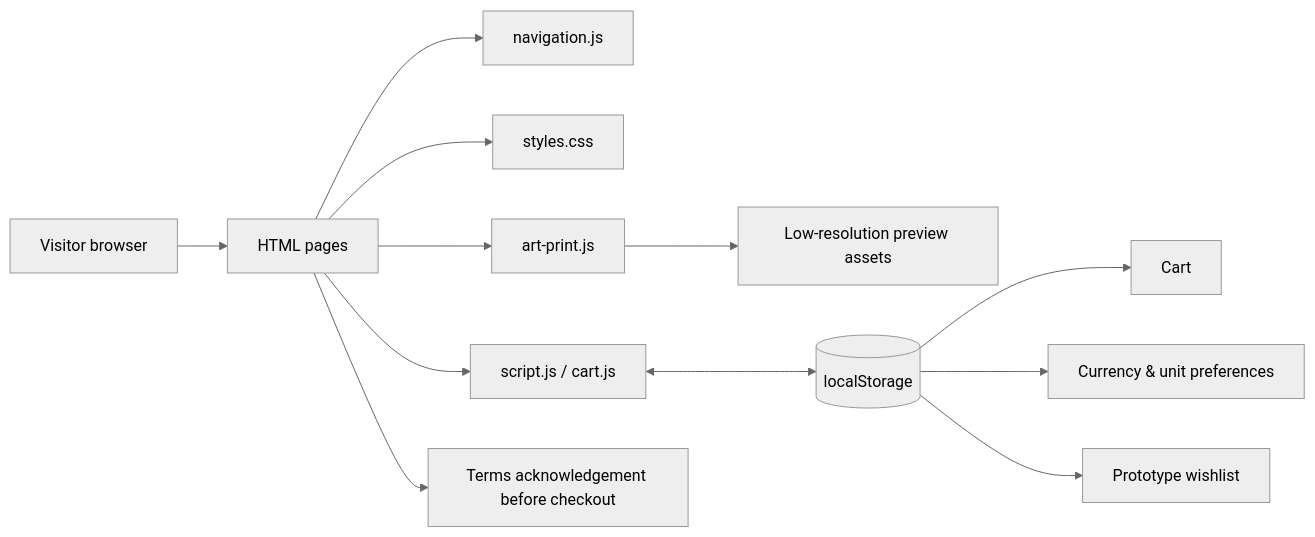
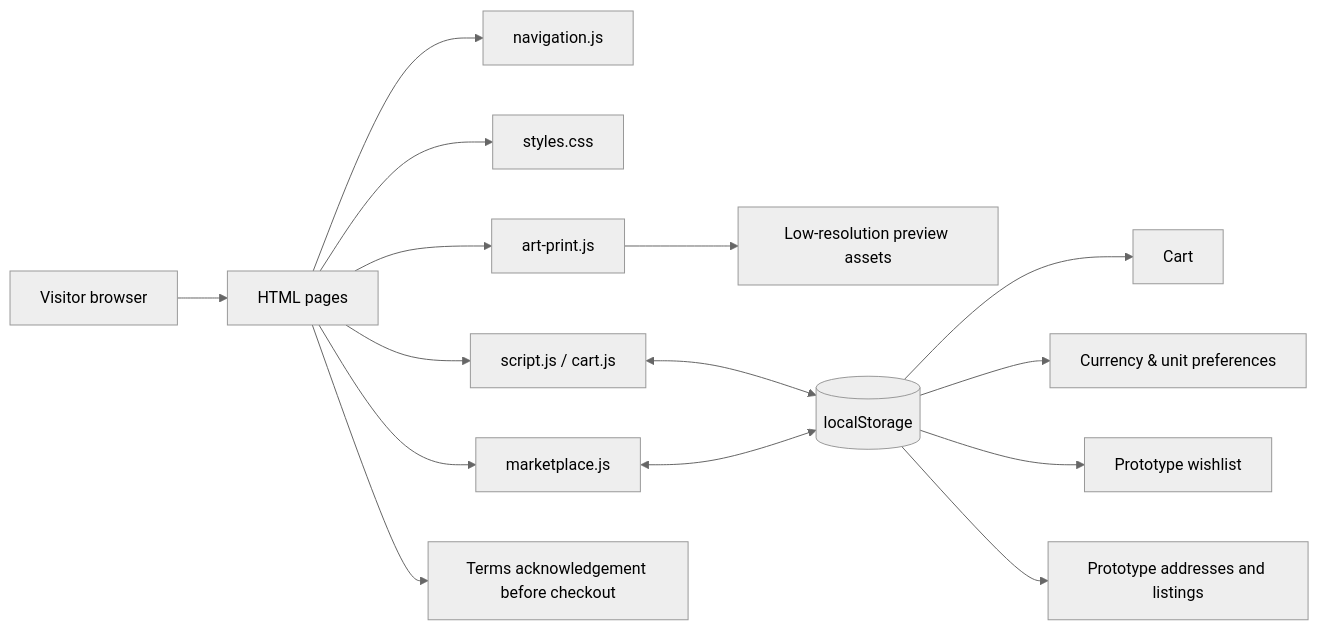
Before and after one commit to rudrashishbose/urmi_mmt_art_print_website: the diagram in docs/ARCHITECTURE.md, drawn with Mermaid (neutral theme). The commit also changed other lines of this file and 12 other files, not shown here.

````diff
--- a/docs/ARCHITECTURE.md
+++ b/docs/ARCHITECTURE.md
@@ -9,14 +9,17 @@
 ```mermaid
 flowchart LR
   V[Visitor browser] --> H[HTML pages]
   H --> N[navigation.js]
   H --> S[styles.css]
   H --> P[art-print.js]
   H --> C[script.js / cart.js]
+  H --> M[marketplace.js]
   P --> A[Low-resolution preview assets]
   C <--> L[(localStorage)]
+  M <--> L
   L --> CT[Cart]
   L --> PR[Currency & unit preferences]
   L --> WL[Prototype wishlist]
+  L --> AD[Prototype addresses and listings]
   H --> T[Terms acknowledgement before checkout]
 ```
````
